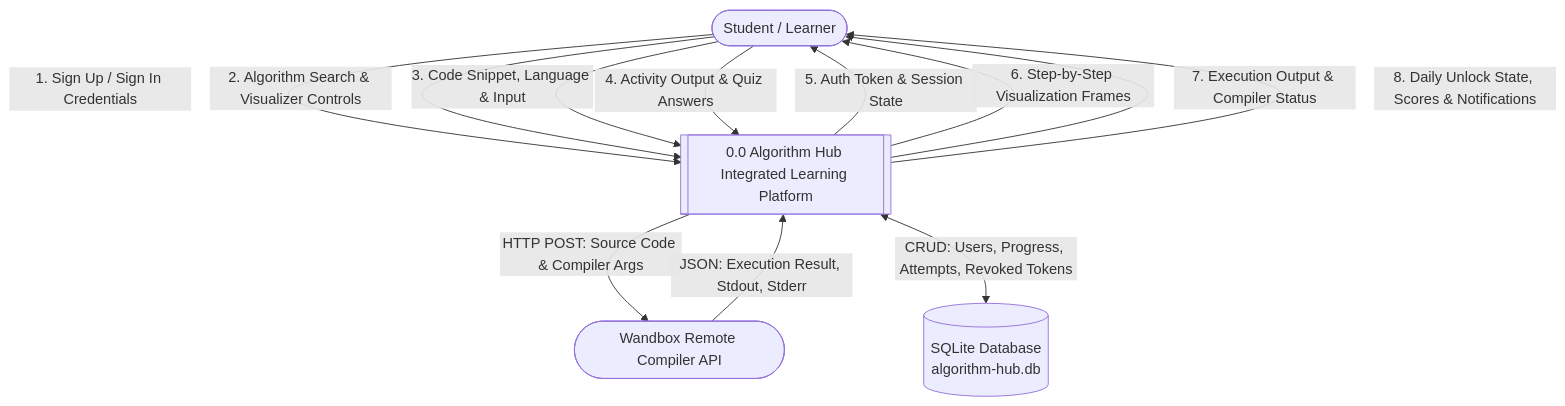
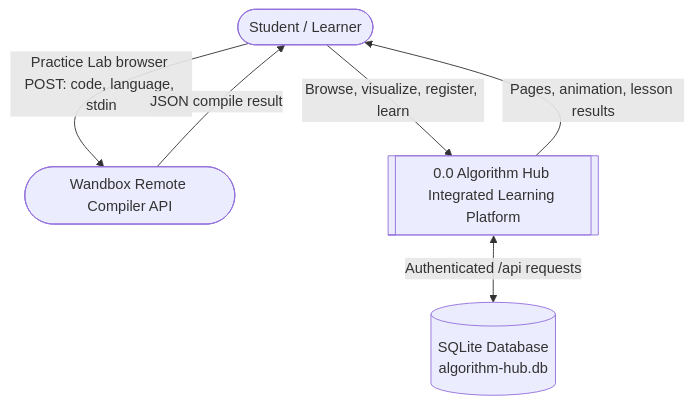
One commit to piyushuttamsawant99-hub/Algorithms-Hub changed the second of 9 diagrams in SOFTWARE_ENGINEERING_DOCUMENTATION.md. Above: the diagram before and after it, drawn with Mermaid. The commit also changed other lines of this file and 21 other files, not shown here.

````diff
--- a/SOFTWARE_ENGINEERING_DOCUMENTATION.md
+++ b/SOFTWARE_ENGINEERING_DOCUMENTATION.md
@@ -41,22 +41,13 @@
 ```mermaid
 flowchart TD
     User([Student / Learner])
     Compiler([Wandbox Remote Compiler API])
     System[[0.0 Algorithm Hub Integrated Learning Platform]]
     Storage[(SQLite Database \n algorithm-hub.db)]
 
-    User -->|1. Sign Up / Sign In Credentials| System
-    User -->|2. Algorithm Search & Visualizer Controls| System
-    User -->|3. Code Snippet, Language & Input| System
-    User -->|4. Activity Output & Quiz Answers| System
-
-    System -->|5. Auth Token & Session State| User
-    System -->|6. Step-by-Step Visualization Frames| User
-    System -->|7. Execution Output & Compiler Status| User
-    System -->|8. Daily Unlock State, Scores & Notifications| User
-
-    System -->|HTTP POST: Source Code & Compiler Args| Compiler
-    Compiler -->|JSON: Execution Result, Stdout, Stderr| System
-
-    System <-->|CRUD: Users, Progress, Attempts, Revoked Tokens| Storage
+    User -->|Browse, visualize, register, learn| System
+    System -->|Pages, animation, lesson results| User
+    System <-->|Authenticated /api requests| Storage
+    User -->|Practice Lab browser POST: code, language, stdin| Compiler
+    Compiler -->|JSON compile result| User
 ```
````
